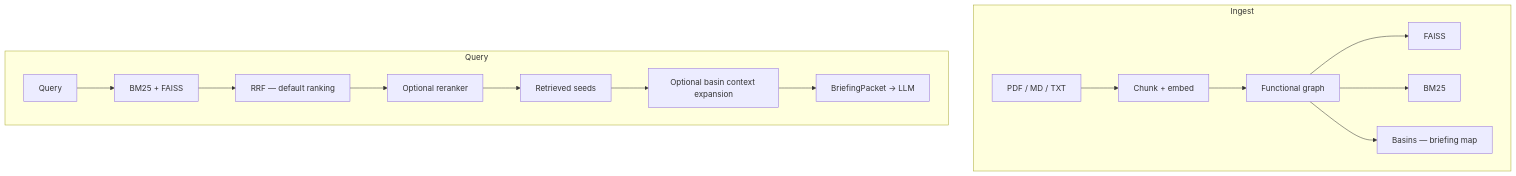
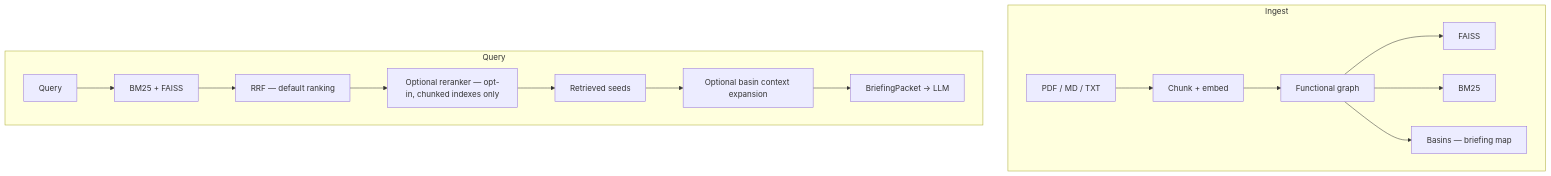
The diagram in README.md (Basinfy/BasinRAG), drawn with Mermaid before and after one commit. The commit also changed other lines of this file and 34 other files, not shown here.

````diff
--- a/README.md
+++ b/README.md
@@ -29,18 +29,18 @@
 ```mermaid
 graph TD
     subgraph Ingest
         A[PDF / MD / TXT] --> B[Chunk + embed]
         B --> C[Functional graph]
         C --> D[FAISS]
         C --> E[BM25]
         C --> F[Basins — briefing map]
     end
     subgraph Query
         Q[Query] --> R[BM25 + FAISS]
         R --> S[RRF — default ranking]
-        S --> T[Optional reranker]
+        S --> T[Optional reranker — opt-in, chunked indexes only]
         T --> U[Retrieved seeds]
         U --> V[Optional basin context expansion]
         V --> W[BriefingPacket → LLM]
     end
 ```
````
